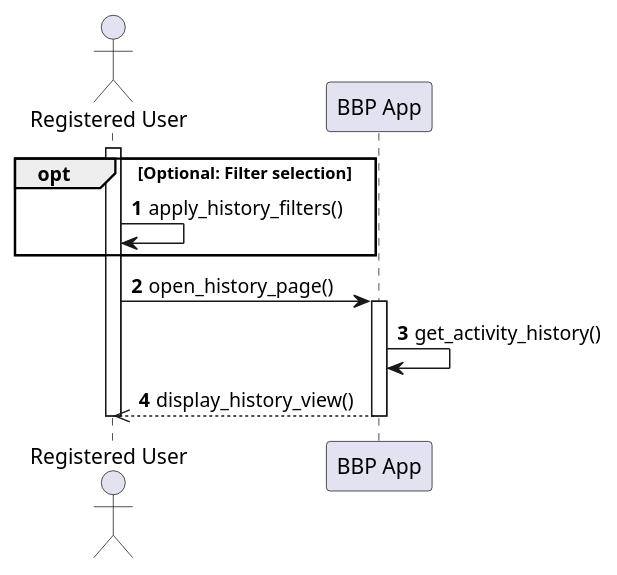
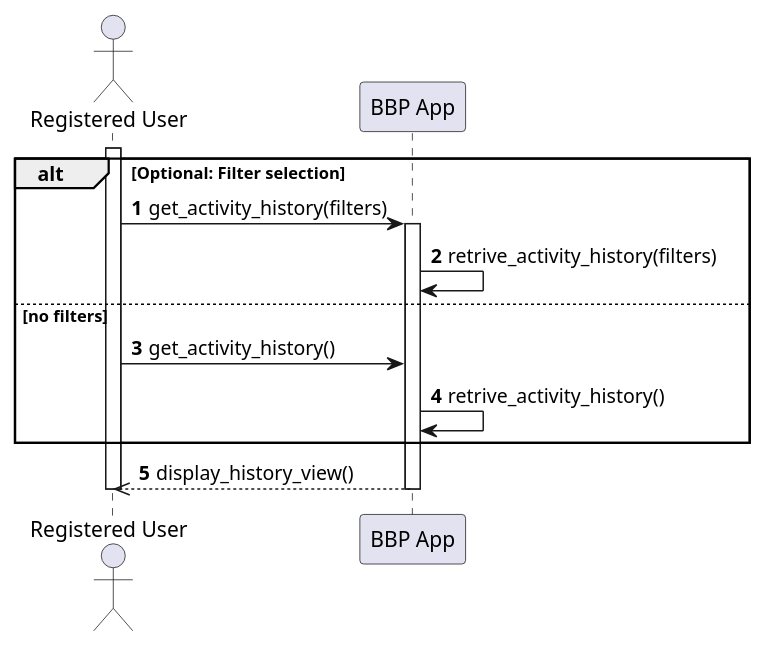
One commit to Guflie/PoliMi-SWE2-RDD-project changed the diagram in diagrams/RASD/sequence diagram/UC14_sequence_diagram.puml. Above: the diagram before and after it, drawn with PlantUML. The commit also changed 16 other files, not shown here.

Commit message:
[RASD] Updated and fixed Sequence Diagrams

```diff
--- a/diagrams/RASD/sequence diagram/UC14_sequence_diagram.puml
+++ b/diagrams/RASD/sequence diagram/UC14_sequence_diagram.puml
@@ -1,21 +1,24 @@
 @startuml uc14_history_consultation
 actor "Registered User" as User
 participant "BBP App" as App
 
 autonumber
 
 activate User
 
-opt Optional: Filter selection
-    User -> User : apply_history_filters()
+alt Optional: Filter selection
+    User -> App : get_activity_history(filters)
+    activate App
+    App -> App : retrive_activity_history(filters)
+
+else no filters
+    User -> App : get_activity_history()
+    App -> App : retrive_activity_history()
+
 end
-
-User -> App : open_history_page()
-activate App
-App -> App : get_activity_history()
 App -->> User : display_history_view()
 deactivate App
 
 deactivate App
 deactivate User
 @enduml
```
